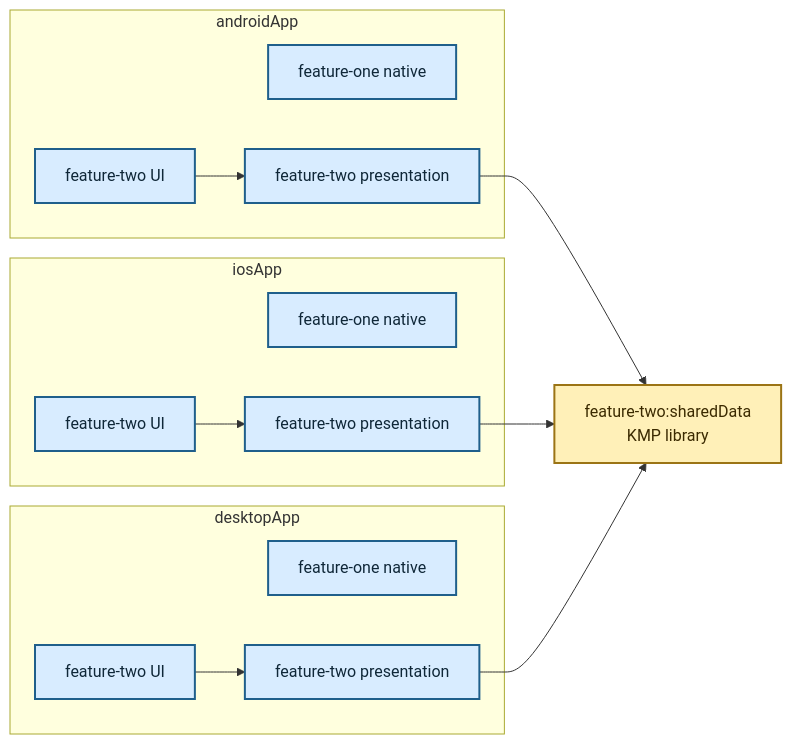
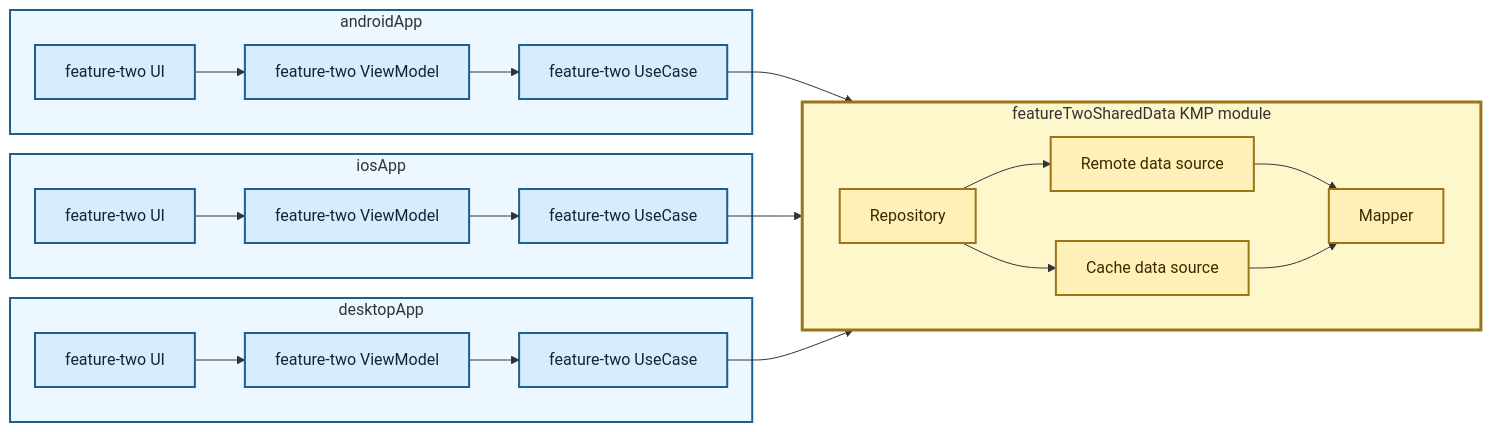
The diagram in diagrams/10-modular-kmp-data-layer.md (TheSetox/kmp-sample-diagrams), drawn with Mermaid before and after one commit. The commit also changed other lines of this file and 18 other files, not shown here.

Commit message:
docs: clarify kmp and native diagram boundaries

````diff
--- a/diagrams/10-modular-kmp-data-layer.md
+++ b/diagrams/10-modular-kmp-data-layer.md
@@ -5,34 +5,48 @@
 ```mermaid
 flowchart LR
-  SharedF2Data["feature-two:sharedData\nKMP library"]
-
   subgraph Android["androidApp"]
-    AF1["feature-one native"]
     AF2UI["feature-two UI"]
-    AF2P["feature-two presentation"]
-    AF2UI --> AF2P
+    AF2VM["feature-two ViewModel"]
+    AF2UseCase["feature-two UseCase"]
+    AF2UI --> AF2VM --> AF2UseCase
   end
 
   subgraph IOS["iosApp"]
-    IF1["feature-one native"]
     IF2UI["feature-two UI"]
-    IF2P["feature-two presentation"]
-    IF2UI --> IF2P
+    IF2VM["feature-two ViewModel"]
+    IF2UseCase["feature-two UseCase"]
+    IF2UI --> IF2VM --> IF2UseCase
   end
 
   subgraph Desktop["desktopApp"]
-    DF1["feature-one native"]
     DF2UI["feature-two UI"]
-    DF2P["feature-two presentation"]
-    DF2UI --> DF2P
+    DF2VM["feature-two ViewModel"]
+    DF2UseCase["feature-two UseCase"]
+    DF2UI --> DF2VM --> DF2UseCase
   end
 
-  AF2P --> SharedF2Data
-  IF2P --> SharedF2Data
-  DF2P --> SharedF2Data
+  subgraph KMP["featureTwoSharedData KMP module"]
+    direction LR
+    Repository["Repository"]
+    Remote["Remote data source"]
+    Cache["Cache data source"]
+    Mapper["Mapper"]
+    Repository --> Remote
+    Repository --> Cache
+    Remote --> Mapper
+    Cache --> Mapper
+  end
+
+  AF2UseCase --> Repository
+  IF2UseCase --> Repository
+  DF2UseCase --> Repository
 
   classDef app fill:#d8ecff,stroke:#1f5f8b,color:#0f2738,stroke-width:2px;
-  classDef shared fill:#fff0b8,stroke:#9b7415,color:#3b2a00,stroke-width:2px;
-  class AF1,AF2UI,AF2P,IF1,IF2UI,IF2P,DF1,DF2UI,DF2P app;
-  class SharedF2Data shared;
+  classDef kmp fill:#fff0b8,stroke:#9b7415,color:#3b2a00,stroke-width:2px;
+  class AF2UI,AF2VM,AF2UseCase,IF2UI,IF2VM,IF2UseCase,DF2UI,DF2VM,DF2UseCase app;
+  class Repository,Remote,Cache,Mapper kmp;
+  style Android fill:#edf7ff,stroke:#1f5f8b,stroke-width:2px
+  style IOS fill:#edf7ff,stroke:#1f5f8b,stroke-width:2px
+  style Desktop fill:#edf7ff,stroke:#1f5f8b,stroke-width:2px
+  style KMP fill:#fff7cc,stroke:#9b7415,stroke-width:3px
 ```
````
